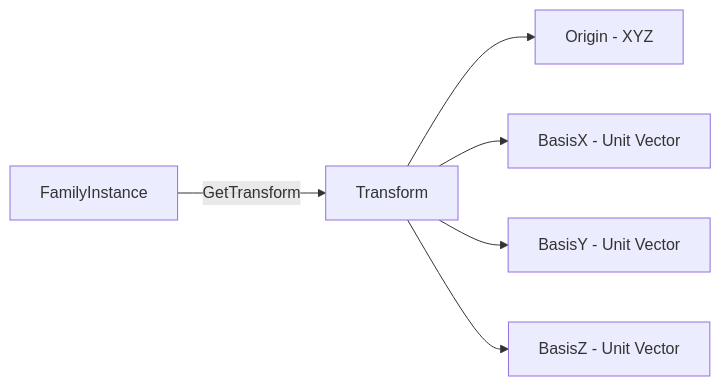
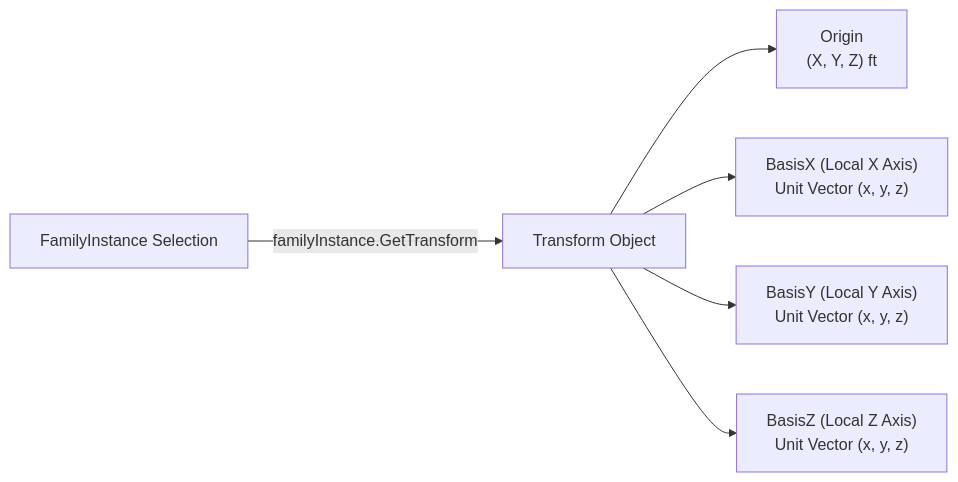
One commit to Mustafa-TOMMY/CommandSamplesRevitApiVer2025 changed the fifth of 21 diagrams in RevitApiSamples/Samples/TransformModule/TransformModule.md. Above: the diagram before and after it, drawn with Mermaid. The commit also changed other lines of this file, not shown here.

Commit message:
Update mermaid file

````diff
--- a/RevitApiSamples/Samples/TransformModule/TransformModule.md
+++ b/RevitApiSamples/Samples/TransformModule/TransformModule.md
@@ -223,8 +291,8 @@
 ```mermaid
 flowchart LR
-    FI["FamilyInstance"] -->|GetTransform| T["Transform"]
-    T --> O["Origin - XYZ"]
-    T --> BX["BasisX - Unit Vector"]
-    T --> BY["BasisY - Unit Vector"]
-    T --> BZ["BasisZ - Unit Vector"]
+    FI["FamilyInstance Selection"] -->|familyInstance.GetTransform| T["Transform Object"]
+    T --> O["Origin<br/>(X, Y, Z) ft"]
+    T --> BX["BasisX (Local X Axis)<br/>Unit Vector (x, y, z)"]
+    T --> BY["BasisY (Local Y Axis)<br/>Unit Vector (x, y, z)"]
+    T --> BZ["BasisZ (Local Z Axis)<br/>Unit Vector (x, y, z)"]
 ```
````
